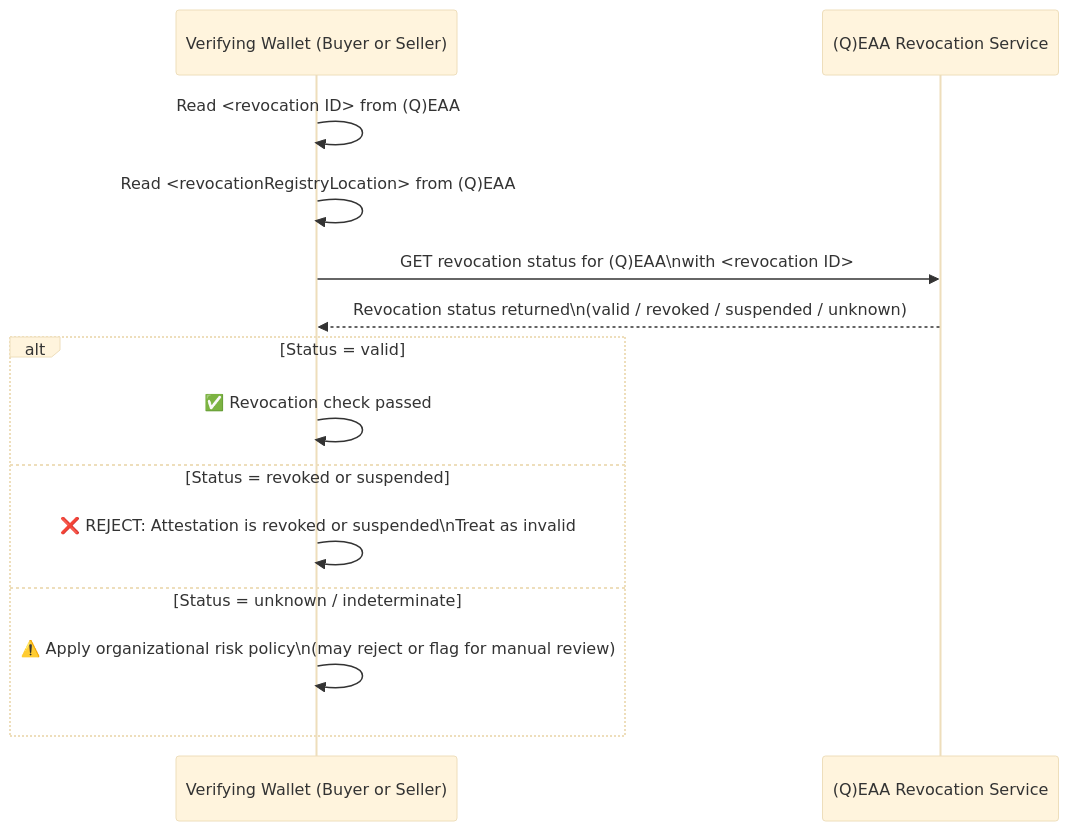
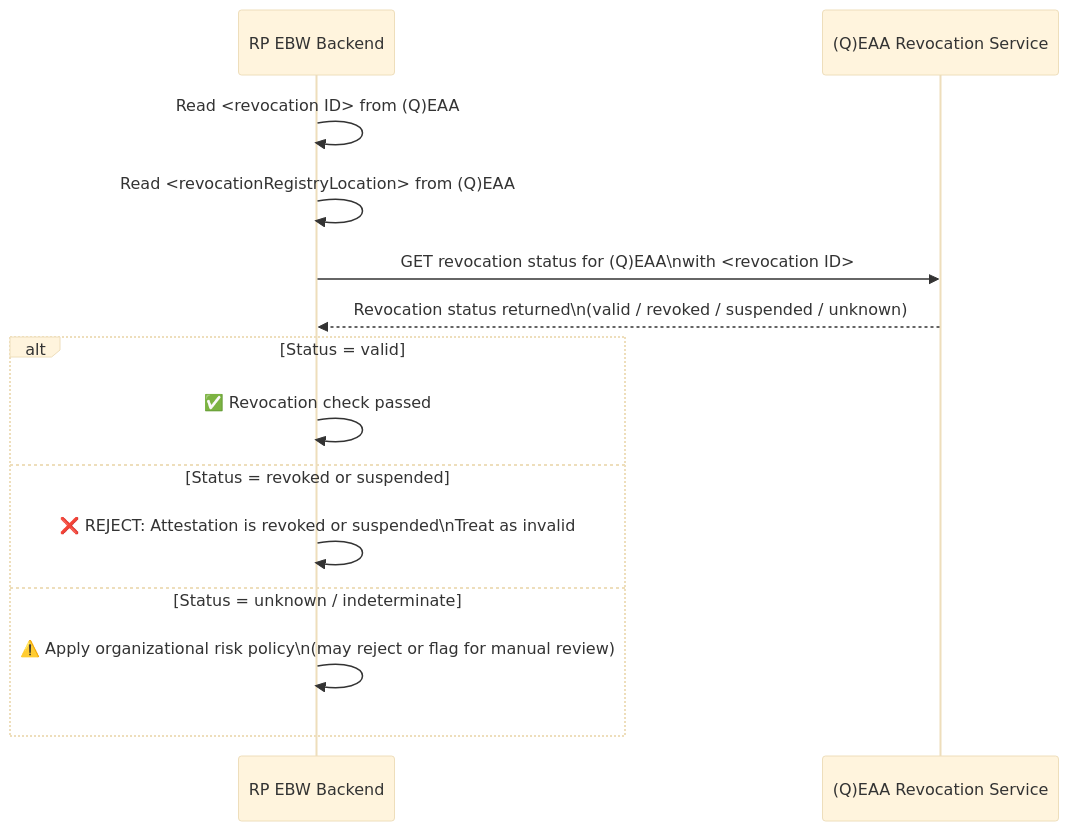
The fifth of 6 diagrams in rulebooks/rb-base/verifier-base-verification.md (webuild-consortium/webuild-attestation-rulebooks-catalog), drawn with Mermaid (base theme) before and after one commit. The commit also changed other lines of this file, not shown here.

````diff
--- a/rulebooks/rb-base/verifier-base-verification.md
+++ b/rulebooks/rb-base/verifier-base-verification.md
@@ -271,16 +283,17 @@
 ```mermaid
     sequenceDiagram
-    participant W as Verifying Wallet (Buyer or Seller)
+    participant W as RP EBW Backend
     participant RS as (Q)EAA Revocation Service
     W->>W: Read <revocation ID> from (Q)EAA
     W->>W: Read <revocationRegistryLocation> from (Q)EAA
     W->>RS: GET revocation status for (Q)EAA\nwith <revocation ID>
     RS-->>W: Revocation status returned\n(valid / revoked / suspended / unknown)
     alt Status = valid
         W->>W: ✅ Revocation check passed
     else Status = revoked or suspended
         W->>W: ❌ REJECT: Attestation is revoked or suspended\nTreat as invalid
     else Status = unknown / indeterminate
         W->>W: ⚠️ Apply organizational risk policy\n(may reject or flag for manual review)
+
     end
 ```
````
